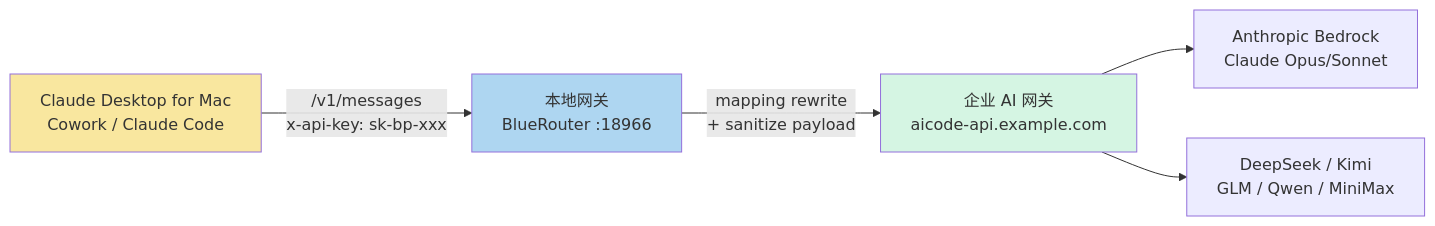
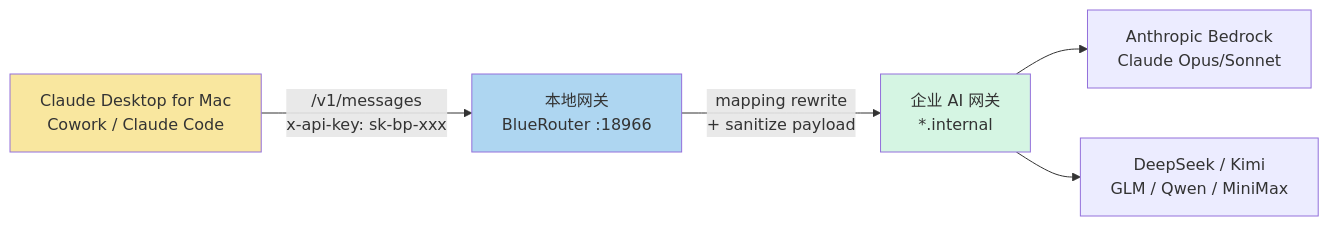
One commit to pengyanai/notebook changed the first of 5 diagrams in posts/2026-05-07-claude-desktop-third-party-inference.md. Above: the diagram before and after it, drawn with Mermaid.

Commit message:
docs: 脱敏内部域名 aicode-api.example.com → *.internal
内部企业域名不是必要暴露信息，用占位符代替。

````diff
--- a/posts/2026-05-07-claude-desktop-third-party-inference.md
+++ b/posts/2026-05-07-claude-desktop-third-party-inference.md
@@ -16,10 +16,10 @@
 ```mermaid
 flowchart LR
     A[Claude Desktop for Mac<br/>Cowork / Claude Code] -->|/v1/messages<br/>x-api-key: sk-bp-xxx| B[本地网关<br/>BlueRouter :18966]
-    B -->|mapping rewrite<br/>+ sanitize payload| C[企业 AI 网关<br/>aicode-api.example.com]
+    B -->|mapping rewrite<br/>+ sanitize payload| C[企业 AI 网关<br/>*.internal]
     C --> D1[Anthropic Bedrock<br/>Claude Opus/Sonnet]
     C --> D2[DeepSeek / Kimi<br/>GLM / Qwen / MiniMax]
     style A fill:#f9e79f
     style B fill:#aed6f1
     style C fill:#d5f5e3
 ```
````
